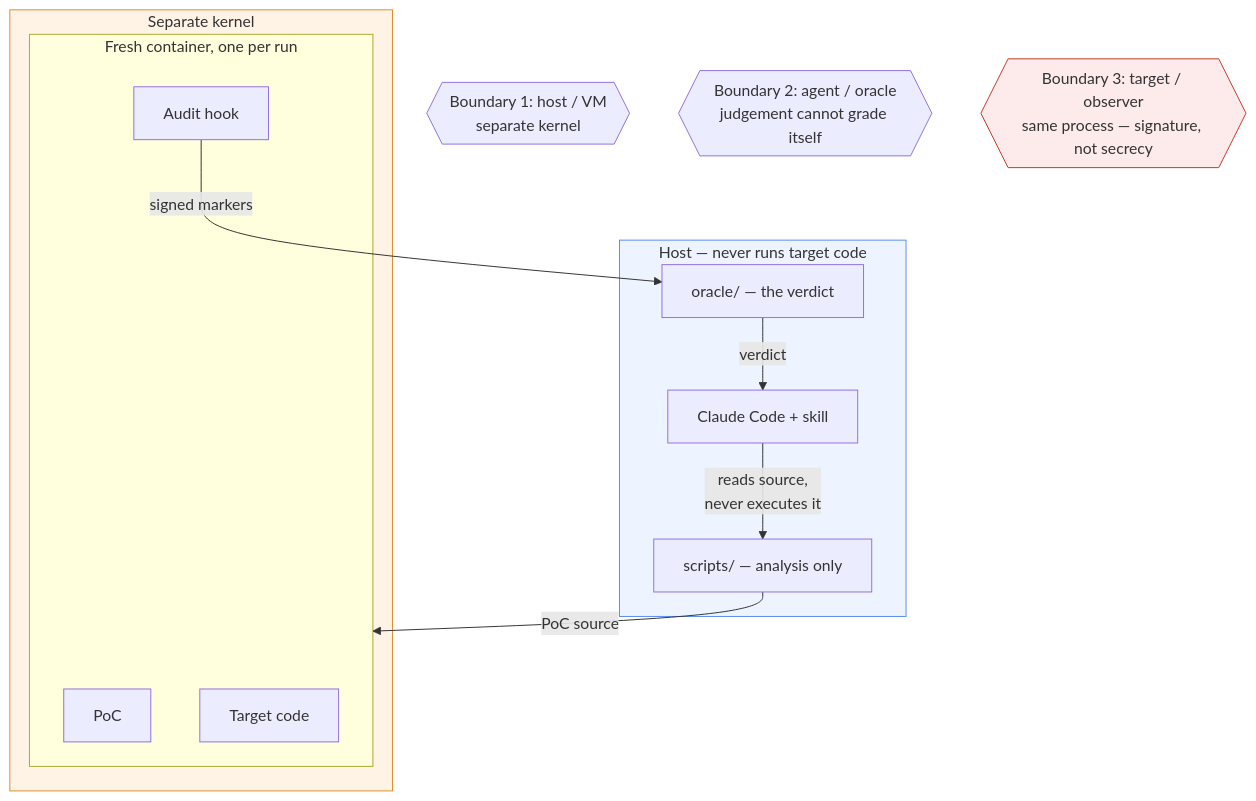
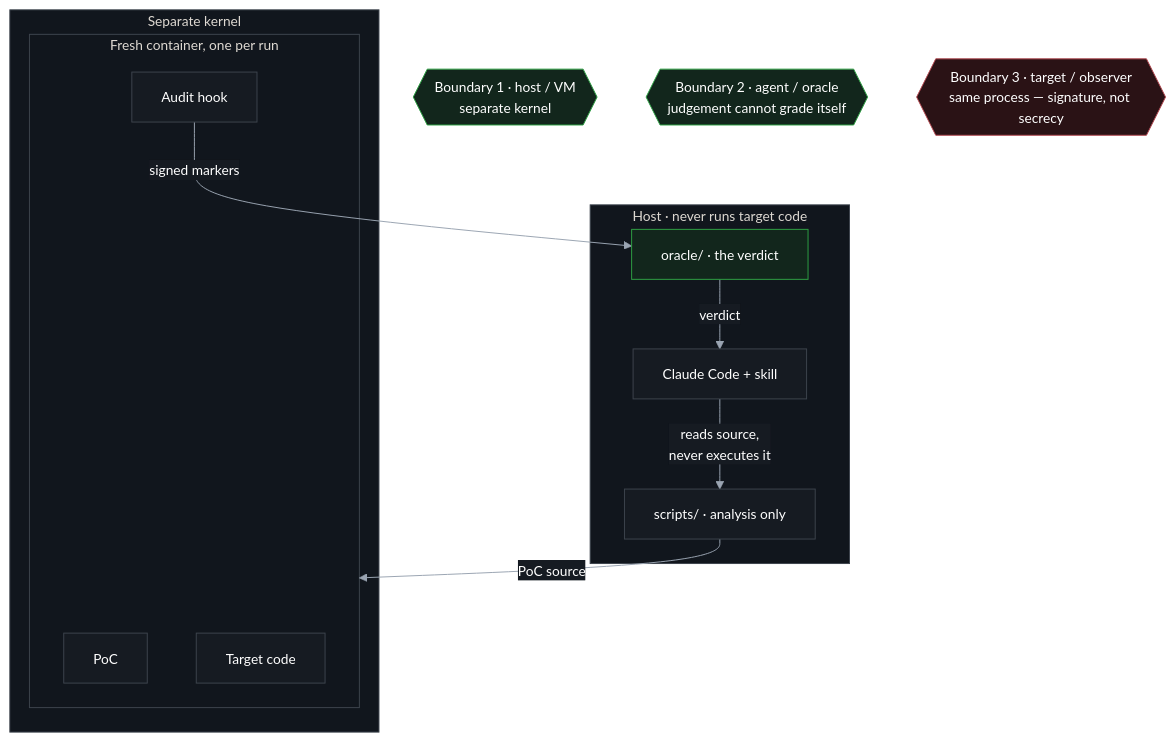
Diagram 16 of 16 in docs/ARCHITECTURE.md (0xsharz/pyhunt), drawn with Mermaid before and after one commit. The commit also changed other lines of this file and 1 other file, not shown here.

````diff
--- a/docs/ARCHITECTURE.md
+++ b/docs/ARCHITECTURE.md
@@ -480,29 +549,35 @@
 ```mermaid
+%%{init: {"theme":"base","themeVariables":{"background":"#0d1117","primaryColor":"#161b22","primaryTextColor":"#ffffff","primaryBorderColor":"#3d444d","lineColor":"#9aa4b2","secondaryColor":"#1c2128","tertiaryColor":"#21262d","mainBkg":"#161b22","textColor":"#ffffff","nodeTextColor":"#ffffff","edgeLabelBackground":"#161b22","clusterBkg":"#11161d","clusterBorder":"#3d444d","fontSize":"14px"}}}%%
 flowchart TB
-    subgraph HOST["Host — never runs target code"]
+    subgraph HOST["Host · never runs target code"]
         CC["Claude Code + skill"]
-        SCR["scripts/ — analysis only"]
-        GATE["oracle/ — the verdict"]
+        SCR["scripts/ · analysis only"]
+        GATE["oracle/ · the verdict"]
     end
 
     subgraph VM["Separate kernel"]
         subgraph CONT["Fresh container, one per run"]
             POC["PoC"]
             TGT["Target code"]
             HOOK["Audit hook"]
         end
     end
 
     CC -->|"reads source,<br/>never executes it"| SCR
     SCR -->|"PoC source"| CONT
     HOOK -->|"signed markers"| GATE
     GATE -->|"verdict"| CC
 
-    B1{{"Boundary 1: host / VM<br/>separate kernel"}}
-    B2{{"Boundary 2: agent / oracle<br/>judgement cannot grade itself"}}
-    B3{{"Boundary 3: target / observer<br/>same process — signature, not secrecy"}}
+    B1{{"Boundary 1 · host / VM<br/>separate kernel"}}
+    B2{{"Boundary 2 · agent / oracle<br/>judgement cannot grade itself"}}
+    B3{{"Boundary 3 · target / observer<br/>same process — signature, not secrecy"}}
 
-    style HOST fill:#eef4ff,stroke:#5b8def
-    style VM fill:#fff3e6,stroke:#e08c2e
-    style B3 fill:#fdeaea,stroke:#c0392b
+    classDef base fill:#161b22,stroke:#3d444d,color:#ffffff
+    classDef run fill:#2a2113,stroke:#9e7b28,color:#ffffff
+    classDef good fill:#12261c,stroke:#2ea043,color:#ffffff
+    classDef weak fill:#2a1215,stroke:#b3474f,color:#ffffff
+    class CC,SCR,POC,TGT,HOOK base
+    class GATE good
+    class B1,B2 good
+    class B3 weak
 ```
````
